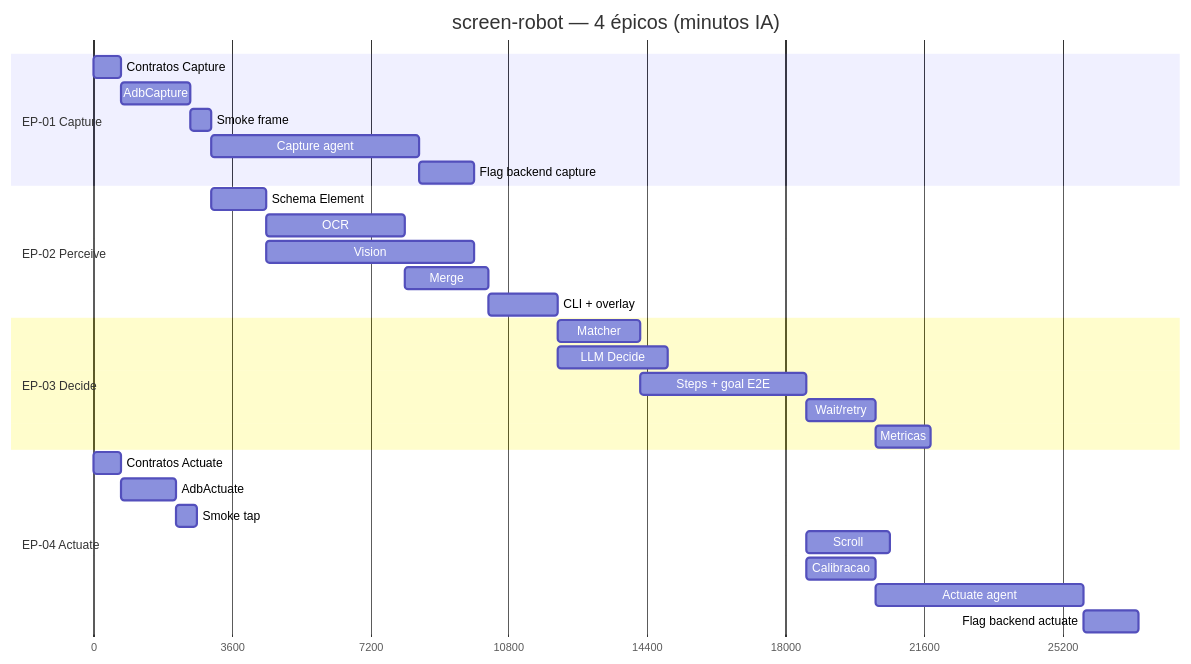
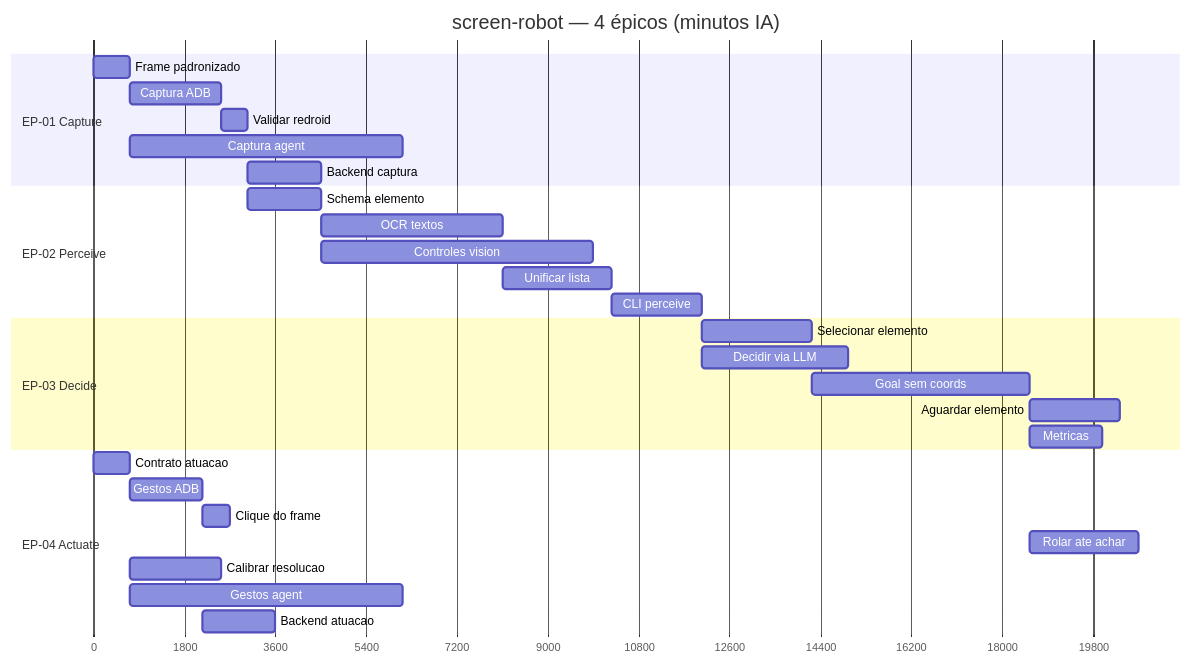
The diagram in core/board/README.md (laerciogermano/workstation), drawn with Mermaid before and after one commit.

Commit message:
Alinha títulos do Gantt do board às estórias de funcionalidade do screen-robot.

````diff
--- a/core/board/README.md
+++ b/core/board/README.md
@@ -14,36 +14,36 @@
 ```mermaid
 gantt
   title screen-robot — 4 épicos (minutos IA)
   dateFormat X
   axisFormat %s
 
   section EP-01 Capture
-  Contratos Capture        :a01, 0, 12m
-  AdbCapture               :a02, after a01, 30m
-  Smoke frame              :a03, after a02, 9m
-  Capture agent            :a04, after a03, 90m
-  Flag backend capture     :a05, after a04, 24m
+  Frame padronizado        :a01, 0, 12m
+  Captura ADB              :a02, after a01, 30m
+  Validar redroid          :a03, after a02, 9m
+  Captura agent            :a04, after a01, 90m
+  Backend captura          :a05, after a03, 24m
 
   section EP-02 Perceive
-  Schema Element           :b01, after a03, 24m
-  OCR                      :b02, after b01, 60m
-  Vision                   :b03, after b01, 90m
-  Merge                    :b04, after b02, 36m
-  CLI + overlay            :b05, after b04, 30m
+  Schema elemento          :b01, after a03, 24m
+  OCR textos               :b02, after b01, 60m
+  Controles vision         :b03, after b01, 90m
+  Unificar lista           :b04, after b02, 36m
+  CLI perceive             :b05, after b04, 30m
 
   section EP-03 Decide
-  Matcher                  :c01, after b05, 36m
-  LLM Decide               :c02, after b05, 48m
-  Steps + goal E2E         :c03, after c01, 72m
-  Wait/retry               :c04, after c03, 30m
-  Metricas                 :c05, after c04, 24m
+  Selecionar elemento      :c01, after b05, 36m
+  Decidir via LLM          :c02, after b05, 48m
+  Goal sem coords          :c03, after c01, 72m
+  Aguardar elemento        :c04, after c03, 30m
+  Metricas                 :c05, after c03, 24m
 
   section EP-04 Actuate
-  Contratos Actuate        :d01, 0, 12m
-  AdbActuate               :d02, after d01, 24m
-  Smoke tap                :d03, after d02, 9m
-  Scroll                   :d04, after c03, 36m
-  Calibracao               :d05, after c03, 30m
-  Actuate agent            :d06, after d05, 90m
-  Flag backend actuate     :d07, after d06, 24m
+  Contrato atuacao         :d01, 0, 12m
+  Gestos ADB               :d02, after d01, 24m
+  Clique do frame          :d03, after d02, 9m
+  Rolar ate achar          :d04, after c03, 36m
+  Calibrar resolucao       :d05, after d01, 30m
+  Gestos agent             :d06, after d01, 90m
+  Backend atuacao          :d07, after d02, 24m
 ```
````
